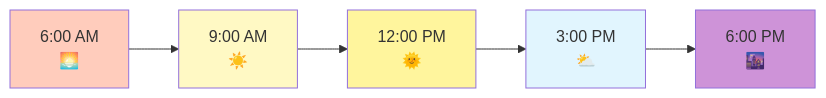
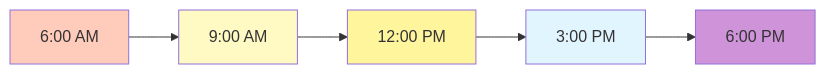
Before and after one commit to SITES-spectral/phenocai: the second of 10 diagrams in docs/workflow_data_preparation.md, drawn with Mermaid. The commit also changed other lines of this file and 22 other files, not shown here.

````diff
--- a/docs/workflow_data_preparation.md
+++ b/docs/workflow_data_preparation.md
@@ -27,13 +27,13 @@
 ```mermaid
 graph LR
-    A[6:00 AM<br/>🌅] --> B[9:00 AM<br/>☀️]
-    B --> C[12:00 PM<br/>🌞]
-    C --> D[3:00 PM<br/>⛅]
-    D --> E[6:00 PM<br/>🌆]
+    A[6:00 AM] --> B[9:00 AM]
+    B --> C[12:00 PM]
+    C --> D[3:00 PM]
+    D --> E[6:00 PM]
     
     style A fill:#ffccbc
     style B fill:#fff9c4
     style C fill:#fff59d
     style D fill:#e1f5fe
     style E fill:#ce93d8
 ```
````
